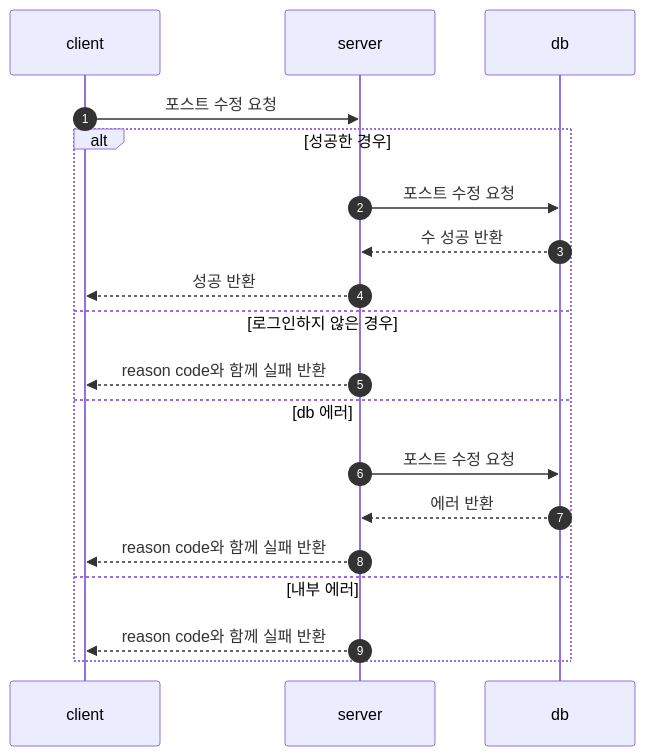
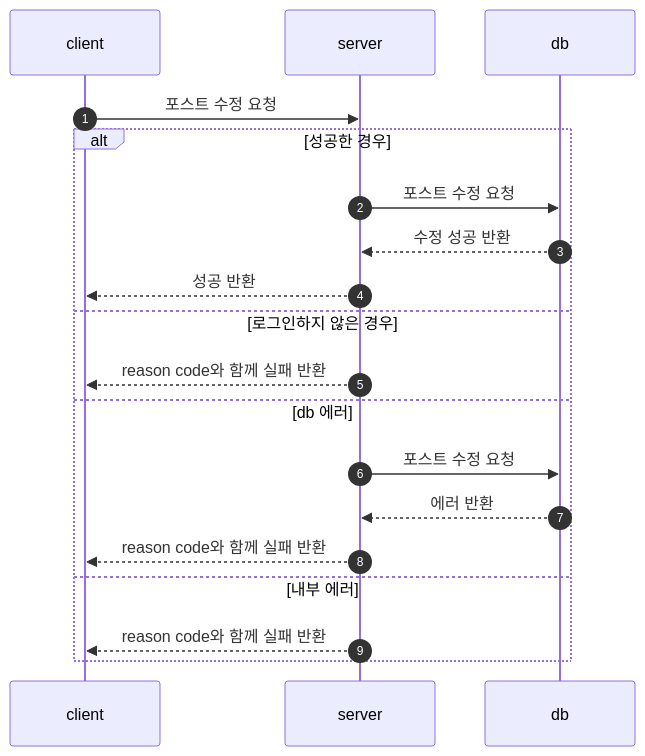
One commit to ODooHo/project_traffic changed the fifth of 11 diagrams in README.md. Above: the diagram before and after it, drawn with Mermaid.

````diff
--- a/README.md
+++ b/README.md
@@ -97,18 +97,18 @@
 ```mermaid
   sequenceDiagram
     autonumber
     client ->> server: 포스트 수정 요청
     alt 성공한 경우 
     server ->> db : 포스트 수정 요청
-    db -->> server : 수 성공 반환
+    db -->> server : 수정 성공 반환
     server -->> client: 성공 반환
     else 로그인하지 않은 경우
     server -->> client: reason code와 함께 실패 반환
     else db 에러
     server ->> db : 포스트 수정 요청
     db -->> server : 에러 반환
     server -->> client: reason code와 함께 실패 반환
     else 내부 에러
     server -->> client: reason code와 함께 실패 반환
     end
 ```
````
